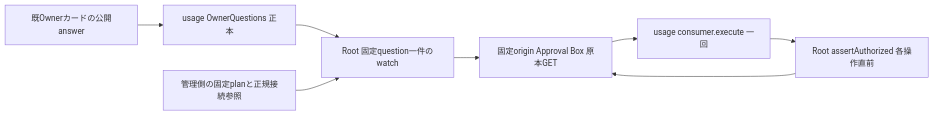
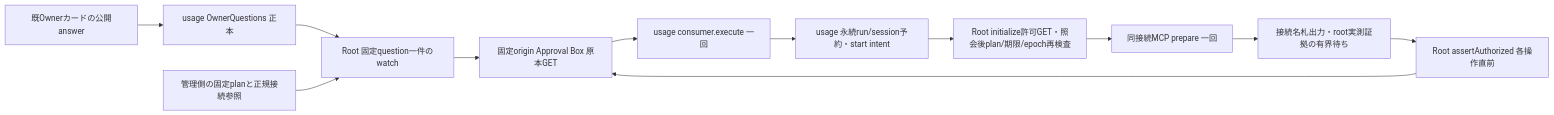
Before and after one commit to kitepon/BellTeam: the diagram in docs/architecture/modules/integration/olrw-auth-caller.md, drawn with Mermaid. The commit also changed other lines of this file and 7 other files, not shown here.

````diff
--- a/docs/architecture/modules/integration/olrw-auth-caller.md
+++ b/docs/architecture/modules/integration/olrw-auth-caller.md
@@ -5,10 +5,14 @@
 ```mermaid
 flowchart LR
   Owner[既Ownerカードの公開answer] --> Questions[usage OwnerQuestions 正本]
   Questions --> Caller[Root 固定question一件のwatch]
   Plan[管理側の固定planと正規接続参照] --> Caller
   Caller --> Box[固定origin Approval Box 原本GET]
   Box --> Consumer[usage consumer.execute 一回]
-  Consumer --> Gate[Root assertAuthorized 各操作直前]
+  Consumer --> Claim[usage 永続run/session予約・start intent]
+  Claim --> Init[Root initialize許可GET・照会後plan/期限/epoch再検査]
+  Init --> MCP[同接続MCP prepare 一回]
+  MCP --> Evidence[接続名札出力・root実測証拠の有界待ち]
+  Evidence --> Gate[Root assertAuthorized 各操作直前]
   Gate --> Box
 ```
````
